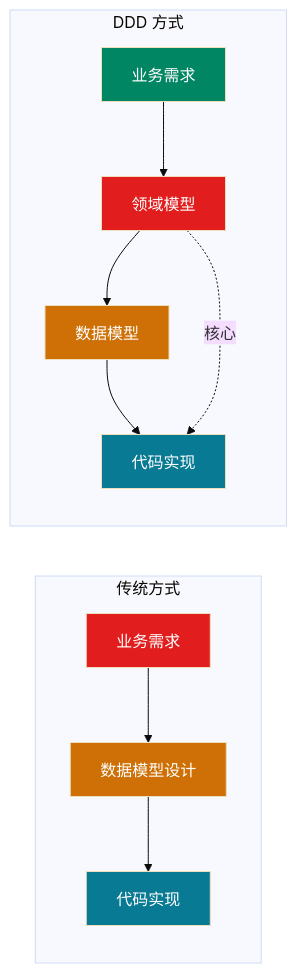
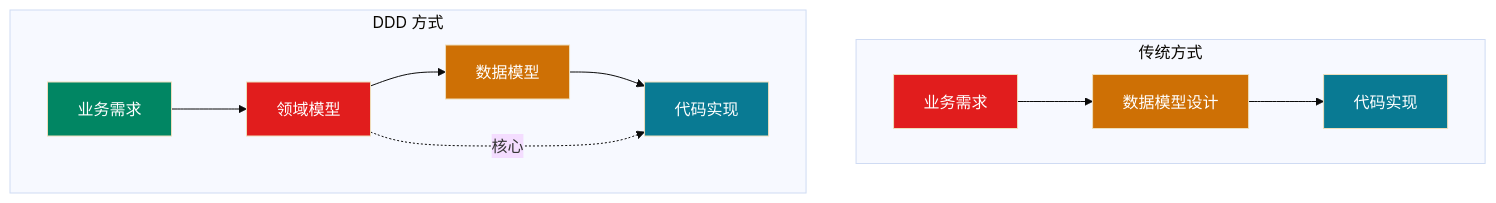
Diagram 12 of 29 in domain-driven-design/一文搞懂DDD领域驱动设计.md (microwind/design-patterns), drawn with Mermaid before and after one commit. The commit also changed other lines of this file, not shown here.

````diff
--- a/domain-driven-design/一文搞懂DDD领域驱动设计.md
+++ b/domain-driven-design/一文搞懂DDD领域驱动设计.md
@@ -92,24 +371,24 @@
 ```mermaid
 %%{init: {'theme': 'base', 'themeVariables': { 'sectionBkgColor': '#f1f1f1', 'altSectionBkgColor': '#f1f1f1', 'gridColor': '#e9ecef'}}}%%
-flowchart LR
+flowchart TD
     subgraph 传统["传统方式"]
         A[业务需求] --> B[数据模型设计]
         B --> C[代码实现]
     end
     
     subgraph DDD["DDD 方式"]
         D[业务需求] --> E[领域模型]
         E --> F[数据模型]
         F --> G[代码实现]
     end
     
     E -.核心.-> G
     
     style A fill:#E11D1D,color:#ffffff
     style B fill:#CE7005,color:#FFFFFF
     style C fill:#097A93,color:#ffffff
     style D fill:#018663,color:#ffffff
     style E fill:#E11D1D,color:#ffffff
     style F fill:#CE7005,color:#FFFFFF
     style G fill:#097A93,color:#ffffff
 ```
````
